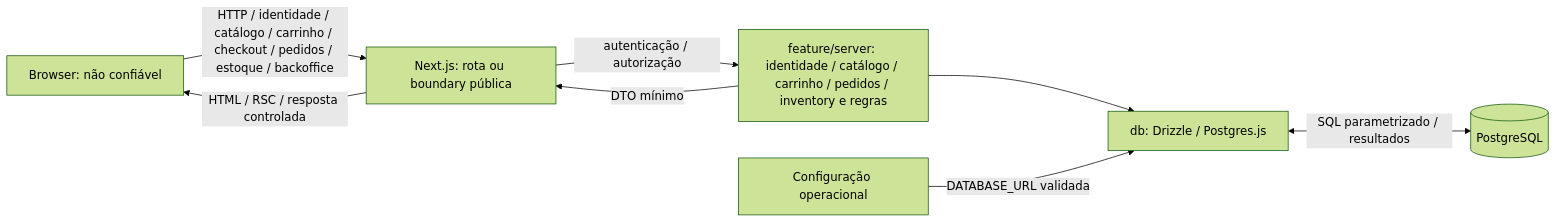
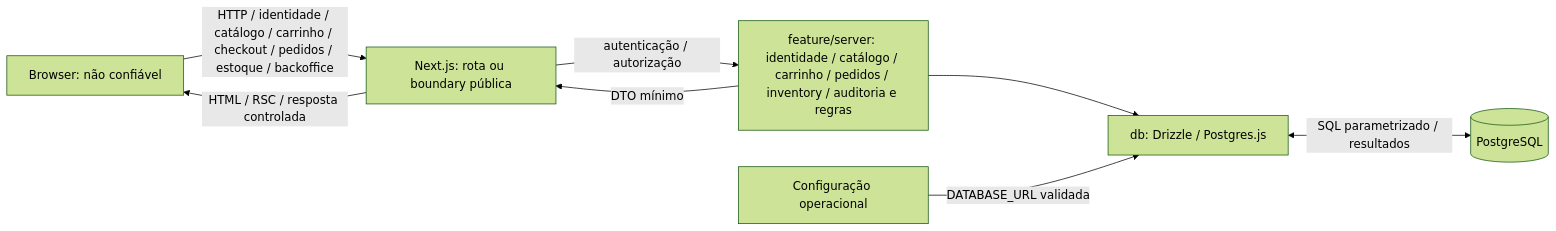
One commit to joaoapassos/guardian-bay changed the diagram in docs/architecture/threat-model.md. Above: the diagram before and after it, drawn with Mermaid (forest theme). The commit also changed other lines of this file and 3 other files, not shown here.

````diff
--- a/docs/architecture/threat-model.md
+++ b/docs/architecture/threat-model.md
@@ -30,10 +30,10 @@
 ```mermaid
 flowchart LR
     Browser["Browser: não confiável"] -->|"HTTP / identidade / catálogo / carrinho / checkout / pedidos / estoque / backoffice"| Next["Next.js: rota ou boundary pública"]
-    Next -->|"autenticação / autorização"| Feature["feature/server: identidade / catálogo / carrinho / pedidos / inventory e regras"]
+    Next -->|"autenticação / autorização"| Feature["feature/server: identidade / catálogo / carrinho / pedidos / inventory / auditoria e regras"]
     Feature --> DB["db: Drizzle / Postgres.js"]
     DB <-->|"SQL parametrizado / resultados"| PG[(PostgreSQL)]
     Feature -->|"DTO mínimo"| Next
     Next -->|"HTML / RSC / resposta controlada"| Browser
     Config["Configuração operacional"] -->|"DATABASE_URL validada"| DB
 ```
````
